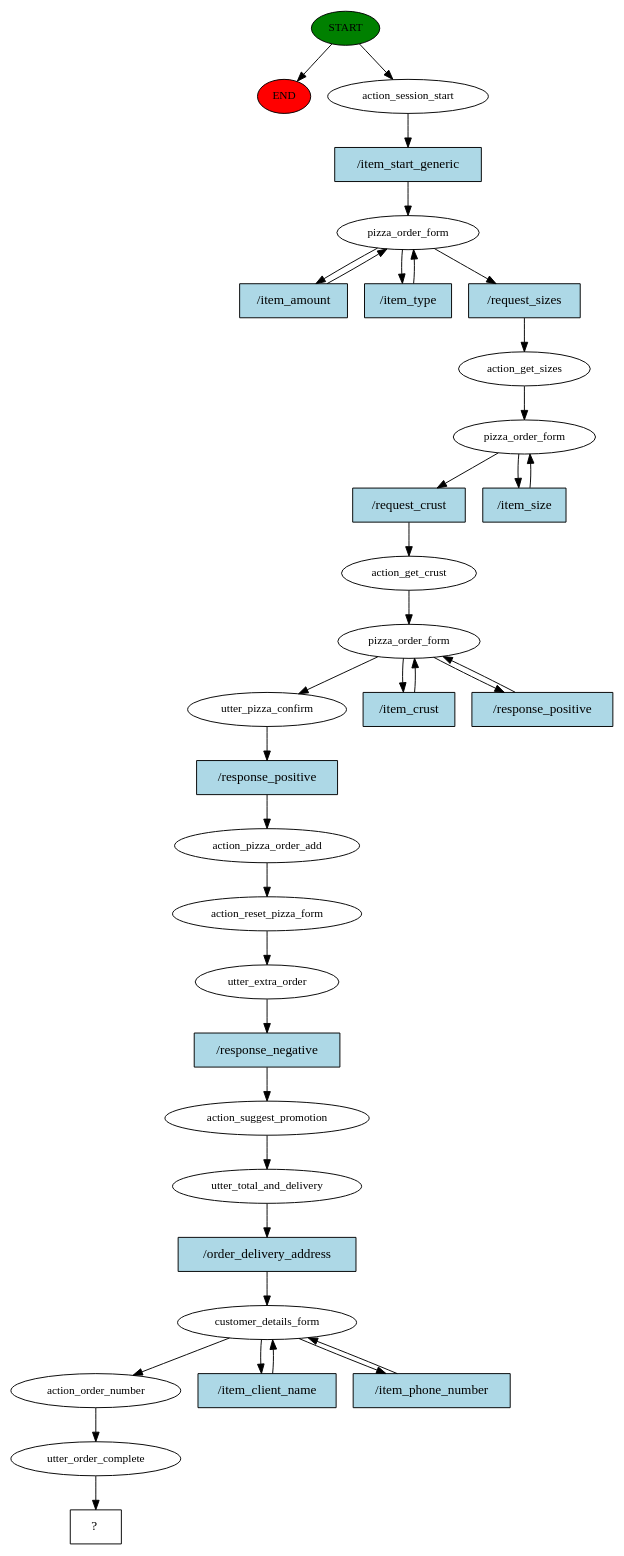
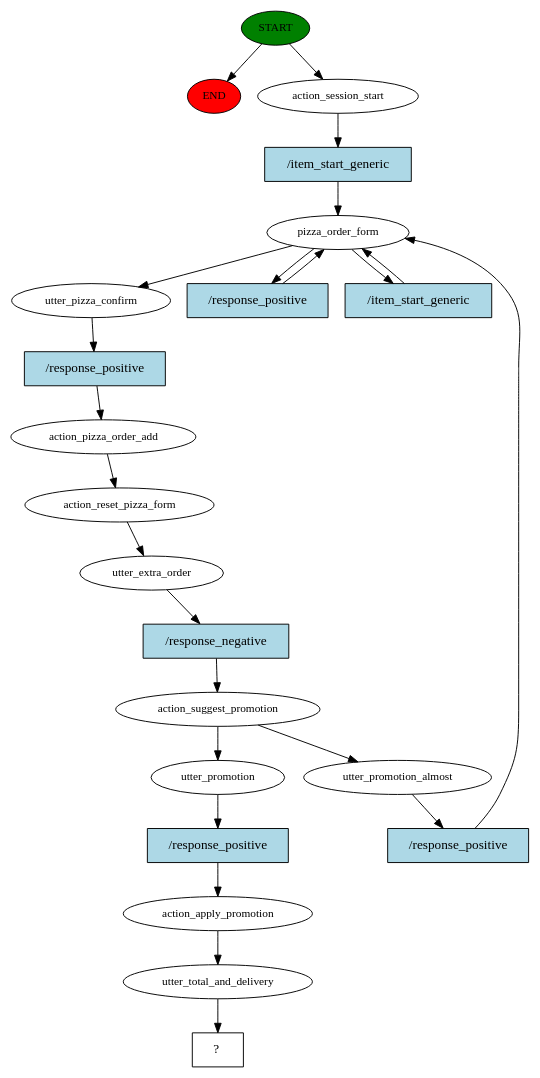
Before and after one commit to pasterzewa/HMD-PizzaBot-project: the diagram in story_graph.dot, drawn with Graphviz. The commit also changed 126 other files, not shown here.

```diff
--- a/story_graph.dot
+++ b/story_graph.dot
@@ -1,70 +1,46 @@
 digraph  {
 0 [class="start active", fillcolor=green, fontsize=12, label=START, style=filled];
 "-1" [class=end, fillcolor=red, fontsize=12, label=END, style=filled];
 1 [class=active, fontsize=12, label=action_session_start];
 2 [class=active, fontsize=12, label=pizza_order_form];
-5 [class=active, fontsize=12, label=action_get_sizes];
-6 [class=active, fontsize=12, label=pizza_order_form];
-8 [class=active, fontsize=12, label=action_get_crust];
-9 [class=active, fontsize=12, label=pizza_order_form];
-12 [class=active, fontsize=12, label=utter_pizza_confirm];
-13 [class=active, fontsize=12, label=action_pizza_order_add];
-14 [class=active, fontsize=12, label=action_reset_pizza_form];
-15 [class=active, fontsize=12, label=utter_extra_order];
-16 [class=active, fontsize=12, label=action_suggest_promotion];
-17 [class=active, fontsize=12, label=utter_total_and_delivery];
-18 [class=active, fontsize=12, label=customer_details_form];
-21 [class=active, fontsize=12, label=action_order_number];
-22 [class=active, fontsize=12, label=utter_order_complete];
-23 [class="intent dashed active", label="  ?  ", shape=rect];
+4 [class=active, fontsize=12, label=utter_pizza_confirm];
+5 [class=active, fontsize=12, label=action_pizza_order_add];
+6 [class=active, fontsize=12, label=action_reset_pizza_form];
+7 [class=active, fontsize=12, label=utter_extra_order];
+8 [class=active, fontsize=12, label=action_suggest_promotion];
+9 [class=active, fontsize=12, label=utter_promotion_almost];
+18 [class=active, fontsize=12, label=utter_promotion];
+19 [class=active, fontsize=12, label=action_apply_promotion];
+20 [class=active, fontsize=12, label=utter_total_and_delivery];
+21 [class="intent dashed active", label="  ?  ", shape=rect];
+22 [class="intent active", fillcolor=lightblue, label="/item_start_generic", shape=rect, style=filled];
+23 [class="intent active", fillcolor=lightblue, label="/response_positive", shape=rect, style=filled];
 24 [class="intent active", fillcolor=lightblue, label="/item_start_generic", shape=rect, style=filled];
-25 [class="intent active", fillcolor=lightblue, label="/item_amount", shape=rect, style=filled];
-26 [class="intent active", fillcolor=lightblue, label="/item_type", shape=rect, style=filled];
-27 [class="intent active", fillcolor=lightblue, label="/request_sizes", shape=rect, style=filled];
-28 [class="intent active", fillcolor=lightblue, label="/request_crust", shape=rect, style=filled];
-29 [class="intent active", fillcolor=lightblue, label="/item_size", shape=rect, style=filled];
-30 [class="intent active", fillcolor=lightblue, label="/item_crust", shape=rect, style=filled];
-31 [class="intent active", fillcolor=lightblue, label="/response_positive", shape=rect, style=filled];
-32 [class="intent active", fillcolor=lightblue, label="/response_positive", shape=rect, style=filled];
-33 [class="intent active", fillcolor=lightblue, label="/response_negative", shape=rect, style=filled];
-34 [class="intent active", fillcolor=lightblue, label="/order_delivery_address", shape=rect, style=filled];
-35 [class="intent active", fillcolor=lightblue, label="/item_client_name", shape=rect, style=filled];
-36 [class="intent active", fillcolor=lightblue, label="/item_phone_number", shape=rect, style=filled];
+25 [class="intent active", fillcolor=lightblue, label="/response_positive", shape=rect, style=filled];
+26 [class="intent active", fillcolor=lightblue, label="/response_negative", shape=rect, style=filled];
+27 [class="intent active", fillcolor=lightblue, label="/response_positive", shape=rect, style=filled];
+28 [class="intent active", fillcolor=lightblue, label="/response_positive", shape=rect, style=filled];
 0 -> "-1"  [class="", key=NONE, label=""];
 0 -> 1  [class=active, key=NONE, label=""];
-1 -> 24  [class=active, key=0];
-2 -> 25  [class=active, key=0];
-2 -> 26  [class=active, key=0];
-2 -> 27  [class=active, key=0];
+1 -> 22  [class=active, key=0];
+2 -> 4  [class=active, key=NONE, label=""];
+2 -> 23  [class=active, key=0];
+2 -> 24  [class=active, key=0];
+4 -> 25  [class=active, key=0];
 5 -> 6  [class=active, key=NONE, label=""];
-6 -> 28  [class=active, key=0];
-6 -> 29  [class=active, key=0];
+6 -> 7  [class=active, key=NONE, label=""];
+7 -> 26  [class=active, key=0];
 8 -> 9  [class=active, key=NONE, label=""];
-9 -> 12  [class=active, key=NONE, label=""];
-9 -> 30  [class=active, key=0];
-9 -> 31  [class=active, key=0];
-12 -> 32  [class=active, key=0];
-13 -> 14  [class=active, key=NONE, label=""];
-14 -> 15  [class=active, key=NONE, label=""];
-15 -> 33  [class=active, key=0];
-16 -> 17  [class=active, key=NONE, label=""];
-17 -> 34  [class=active, key=0];
-18 -> 21  [class=active, key=NONE, label=""];
-18 -> 35  [class=active, key=0];
-18 -> 36  [class=active, key=0];
-21 -> 22  [class=active, key=NONE, label=""];
-22 -> 23  [class=active, key=NONE, label=""];
+8 -> 18  [class=active, key=NONE, label=""];
+9 -> 27  [class=active, key=0];
+18 -> 28  [class=active, key=0];
+19 -> 20  [class=active, key=NONE, label=""];
+20 -> 21  [class=active, key=NONE, label=""];
+22 -> 2  [class=active, key=0];
+23 -> 2  [class=active, key=0];
 24 -> 2  [class=active, key=0];
-25 -> 2  [class=active, key=0];
-26 -> 2  [class=active, key=0];
-27 -> 5  [class=active, key=0];
-28 -> 8  [class=active, key=0];
-29 -> 6  [class=active, key=0];
-30 -> 9  [class=active, key=0];
-31 -> 9  [class=active, key=0];
-32 -> 13  [class=active, key=0];
-33 -> 16  [class=active, key=0];
-34 -> 18  [class=active, key=0];
-35 -> 18  [class=active, key=0];
-36 -> 18  [class=active, key=0];
+25 -> 5  [class=active, key=0];
+26 -> 8  [class=active, key=0];
+27 -> 2  [class=active, key=0];
+28 -> 19  [class=active, key=0];
 }
```
